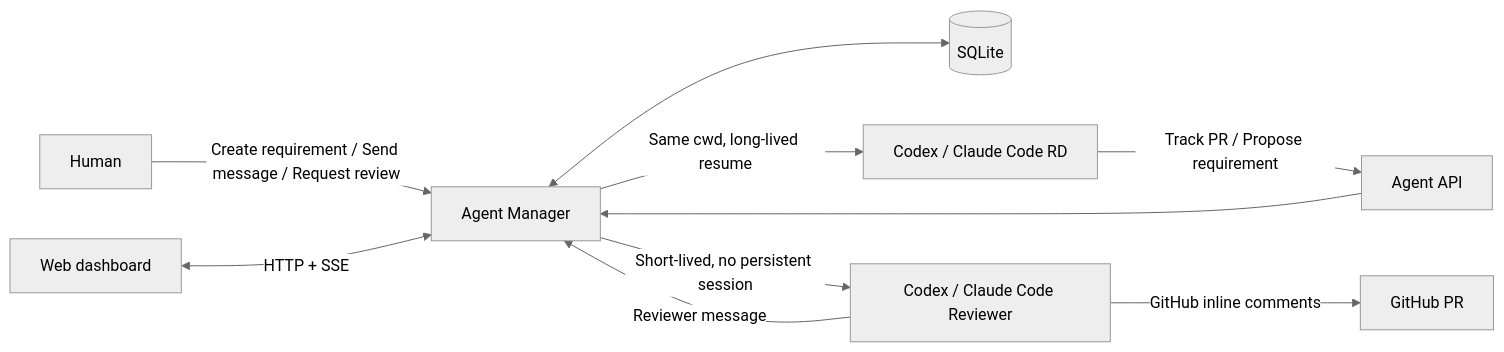
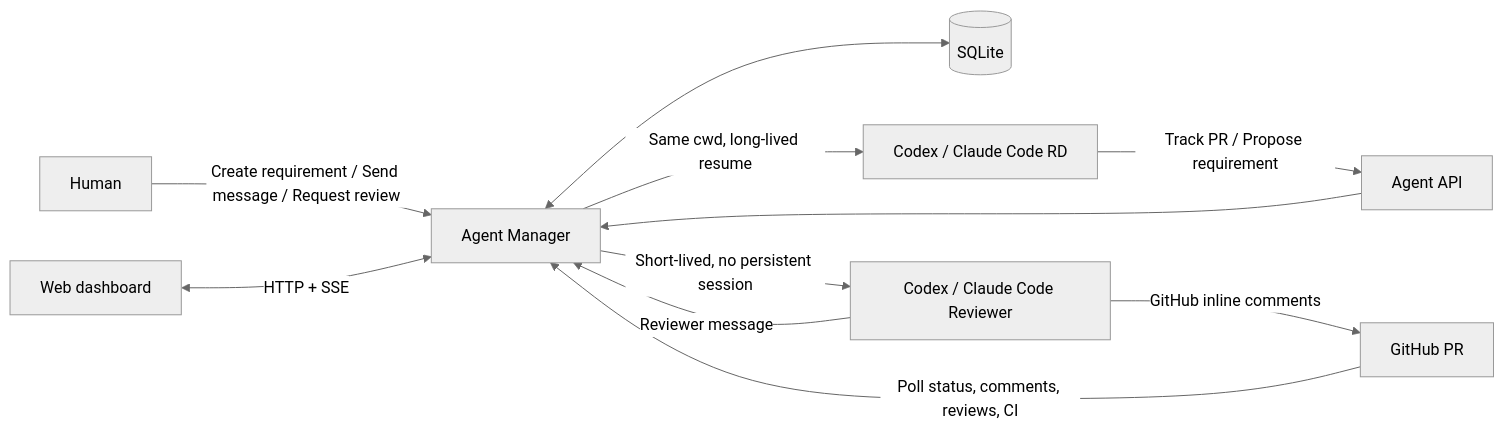
One commit to luohaha/code-factory changed the second of 2 diagrams in docs/architecture.en.md. Above: the diagram before and after it, drawn with Mermaid (neutral theme). The commit also changed other lines of this file and 24 other files, not shown here.

```diff
--- a/docs/architecture.en.md
+++ b/docs/architecture.en.md
@@ -29,12 +29,13 @@
 ~~~mermaid
 flowchart LR
   H[Human] -->|Create requirement / Send message / Request review| M[Agent Manager]
   W[Web dashboard] <-->|HTTP + SSE| M
   M <--> DB[(SQLite)]
   M -->|Same cwd, long-lived resume| RD[Codex / Claude Code RD]
   M -->|Short-lived, no persistent session| RV[Codex / Claude Code Reviewer]
   RD -->|Track PR / Propose requirement| API[Agent API]
   API --> M
   RV -->|GitHub inline comments| GH[GitHub PR]
+  GH -->|Poll status, comments, reviews, CI| M
   RV -->|Reviewer message| M
 ~~~
```
